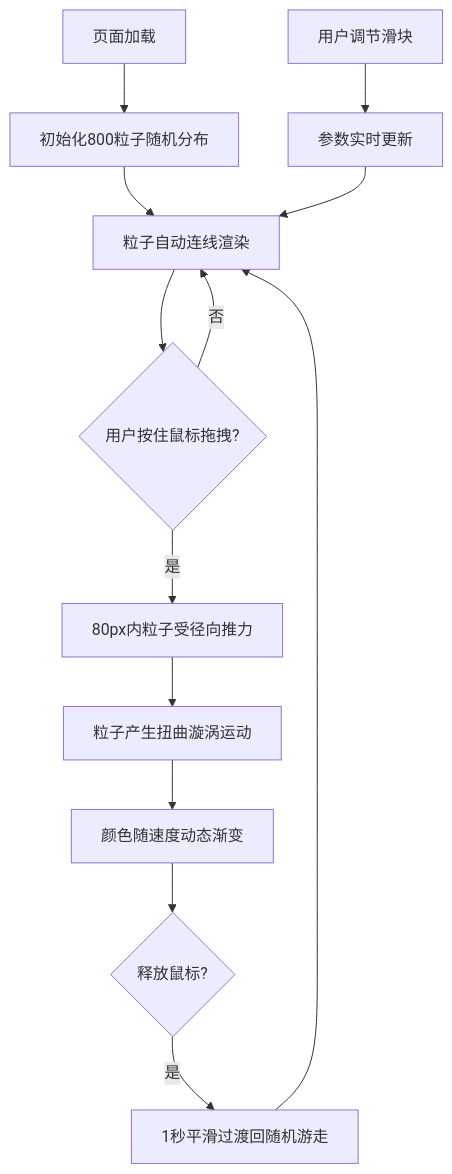
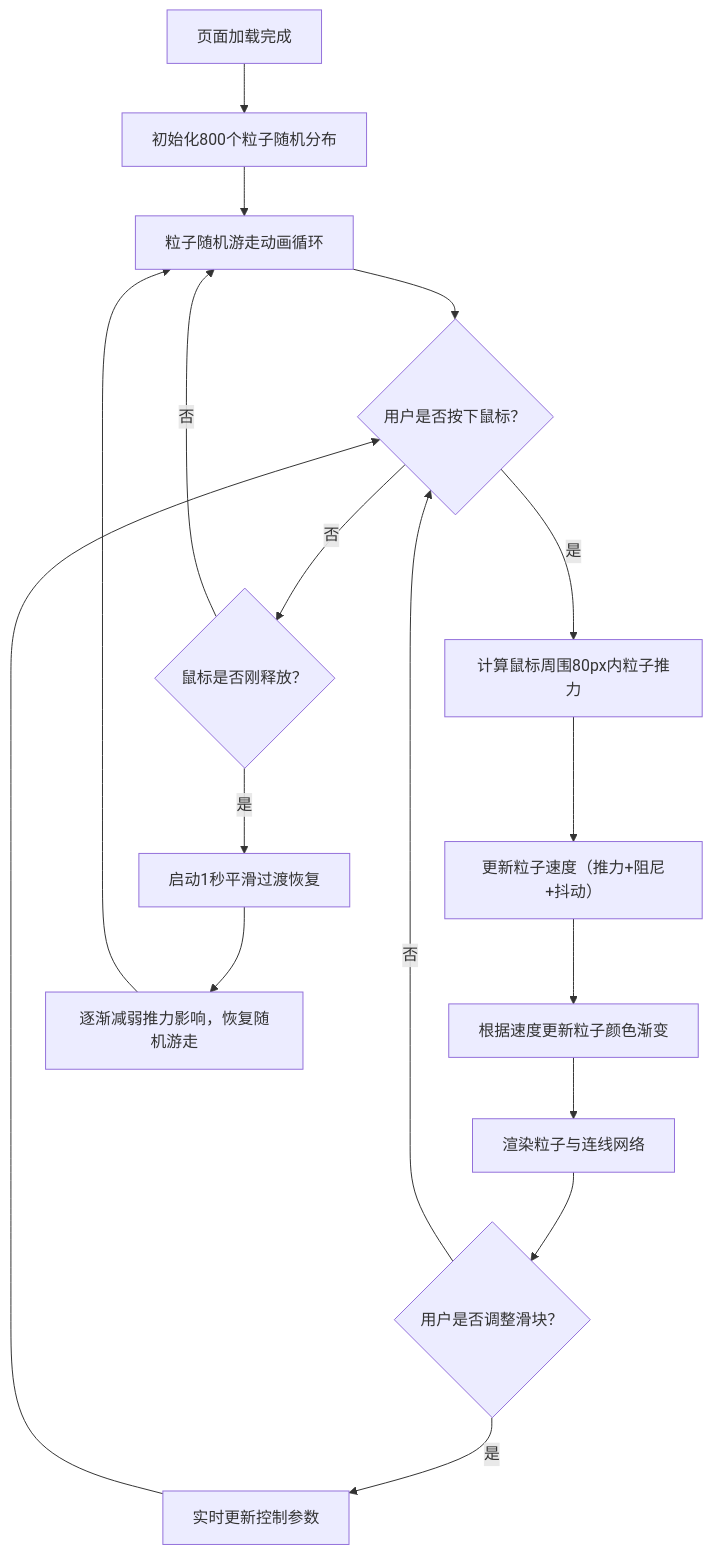
The diagram in cp3_6.17_auto4/.trae/documents/prd.md (NUDT-ZSL/Solo), drawn with Mermaid before and after one commit. The commit also changed other lines of this file and 15 other files, not shown here.

````diff
--- a/cp3_6.17_auto4/.trae/documents/prd.md
+++ b/cp3_6.17_auto4/.trae/documents/prd.md
@@ -29,15 +29,19 @@
 ```mermaid
 flowchart TD
-    A["页面加载"] --> B["初始化800粒子随机分布"]
-    B --> C["粒子自动连线渲染"]
-    C --> D{"用户按住鼠标拖拽?"}
-    D -->|是| E["80px内粒子受径向推力"]
-    E --> F["粒子产生扭曲漩涡运动"]
-    F --> G["颜色随速度动态渐变"]
-    G --> H{"释放鼠标?"}
-    H -->|是| I["1秒平滑过渡回随机游走"]
-    I --> C
-    D -->|否| C
-    J["用户调节滑块"] --> K["参数实时更新"]
-    K --> C
+    A["页面加载完成"] --> B["初始化800个粒子随机分布"]
+    B --> C["粒子随机游走动画循环"]
+    C --> D{"用户是否按下鼠标？"}
+    D -->|是| E["计算鼠标周围80px内粒子推力"]
+    E --> F["更新粒子速度（推力+阻尼+抖动）"]
+    F --> G["根据速度更新粒子颜色渐变"]
+    G --> H["渲染粒子与连线网络"]
+    H --> I{"用户是否调整滑块？"}
+    I -->|是| J["实时更新控制参数"]
+    J --> D
+    I -->|否| D
+    D -->|否| K{"鼠标是否刚释放？"}
+    K -->|是| L["启动1秒平滑过渡恢复"]
+    L --> M["逐渐减弱推力影响，恢复随机游走"]
+    M --> C
+    K -->|否| C
 ```
````
